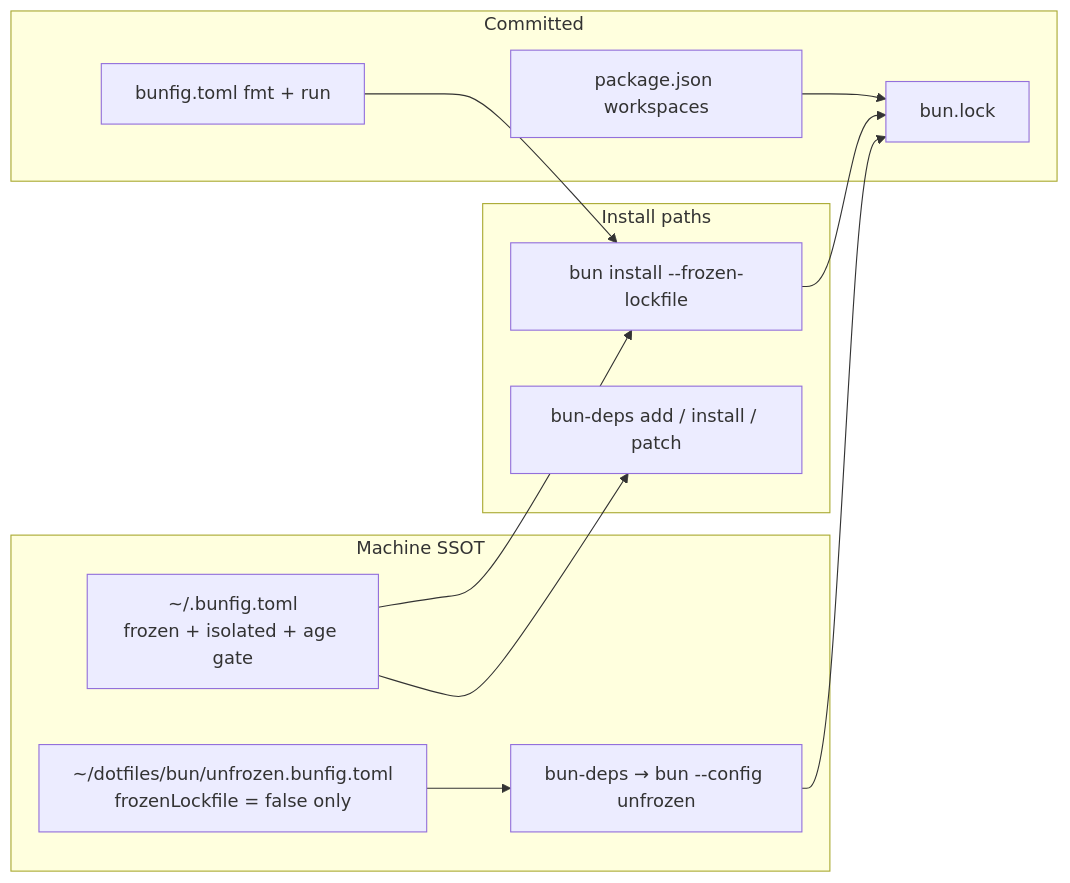
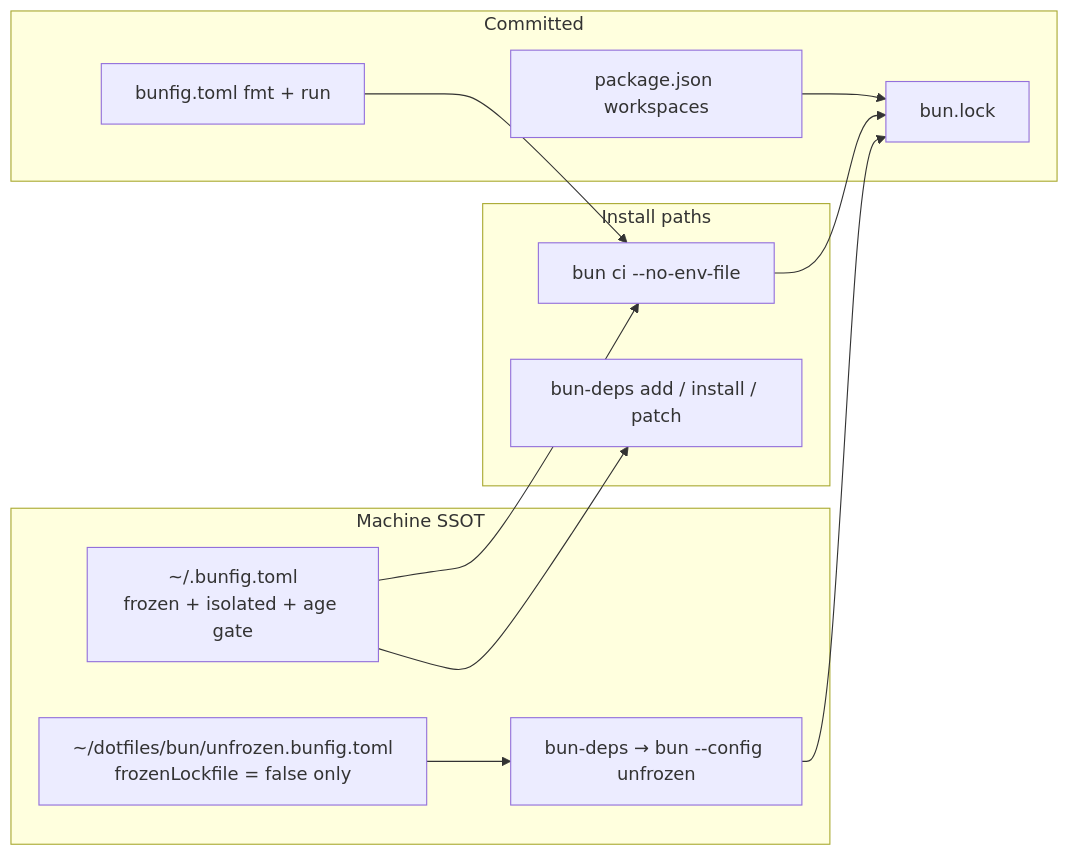
Before and after one commit to brendadeeznuts1111/Sports-desk-ops: the first of 2 diagrams in docs/runbooks/bun-pm-policy.md, drawn with Mermaid. The commit also changed other lines of this file and 3 other files, not shown here.

````diff
--- a/docs/runbooks/bun-pm-policy.md
+++ b/docs/runbooks/bun-pm-policy.md
@@ -38,24 +38,24 @@
 ```mermaid
 flowchart LR
   subgraph committed [Committed]
     LOCK[bun.lock]
     PKG[package.json workspaces]
     PROJ[bunfig.toml fmt + run]
   end
   subgraph machine [Machine SSOT]
     GLOBAL["~/.bunfig.toml\nfrozen + isolated + age gate"]
     UNFROZEN["~/dotfiles/bun/unfrozen.bunfig.toml\nfrozenLockfile = false only"]
     DEPS[bun-deps → bun --config unfrozen]
   end
   subgraph paths [Install paths]
-    CI["bun install --frozen-lockfile"]
+    CI["bun ci --no-env-file"]
     CHG[bun-deps add / install / patch]
   end
   GLOBAL --> CI
   GLOBAL --> CHG
   PROJ --> CI
   UNFROZEN --> DEPS
   DEPS --> LOCK
   CI --> LOCK
   PKG --> LOCK
 ```
````
